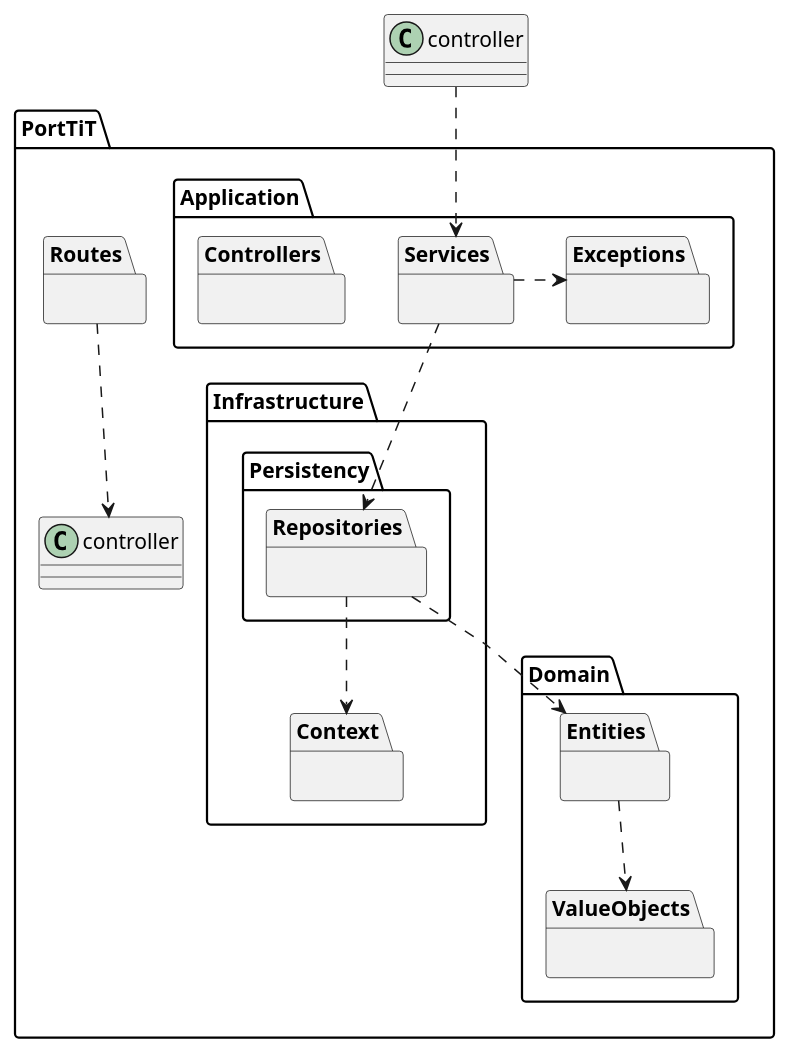
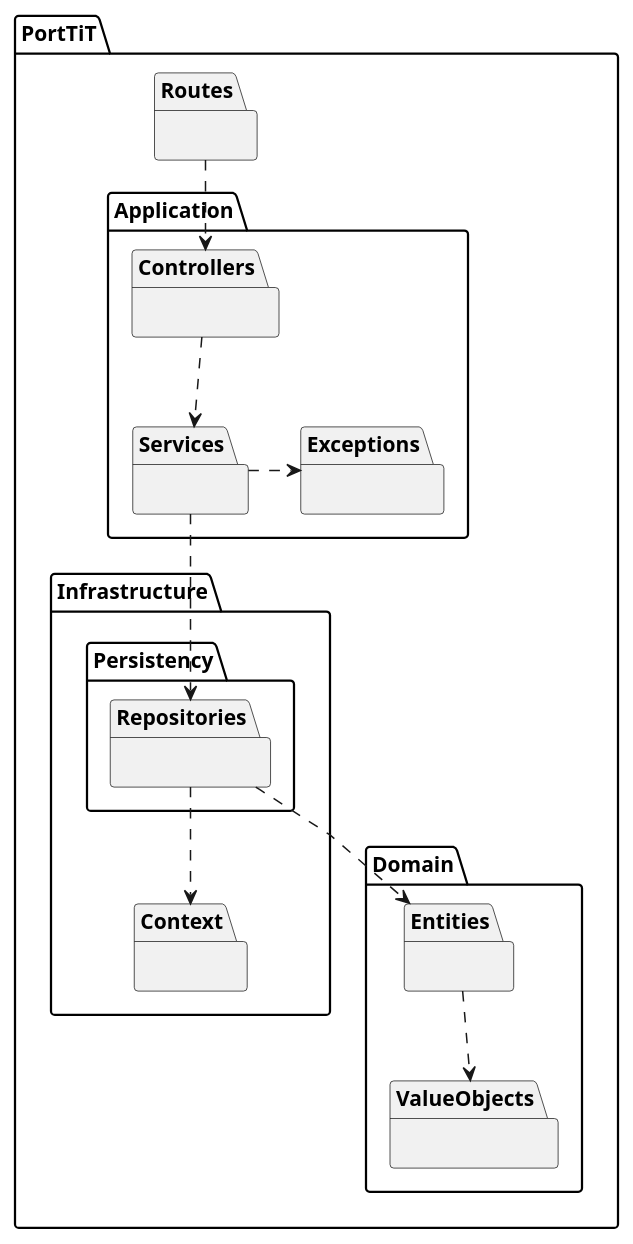
One commit to BernasDzn/portit changed the diagram in docs/sprint_1/global_artifacts/arquitecture/level_4/implementation_views/l4_implementation_view_1.puml. Above: the diagram before and after it, drawn with PlantUML. The commit also changed 2 other files, not shown here.

```diff
--- a/docs/sprint_1/global_artifacts/arquitecture/level_4/implementation_views/l4_implementation_view_1.puml
+++ b/docs/sprint_1/global_artifacts/arquitecture/level_4/implementation_views/l4_implementation_view_1.puml
@@ -1,60 +1,60 @@
 @startuml logicview_n4
 skinparam Linetype polyline
 
 package "PortTiT" {
 
     package "Routes" as rt {
 
     }
-
-    rt ..> controller
 
     package "Application" {
         package "Controllers" as controller {
 
         }
 
         package "Exceptions" as exception {
 
         }
 
         package "Services" as service{
 
         }
     }
 
     package "Infrastructure"{
 
         package "Persistency" {
 
             package "Repositories" as repo {
 
             }
         }
 
         package "Context" as ctx {
 
         }
     }
 
     package "Domain"{
         package "Entities" as ent {
 
         }
 
         package "ValueObjects" as vo {
 
         }
     }
 }
 
 controller ..> service
 service ..> repo
 repo ..> ent
 
 ent ..> vo
 
 service .r.> exception
 
 repo ..> ctx
+rt ..> controller
+
 @enduml
```
